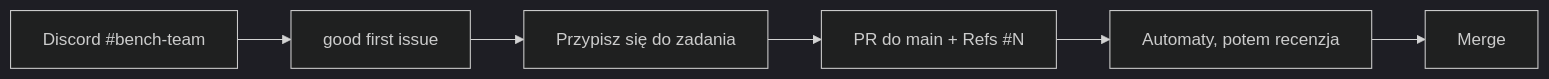
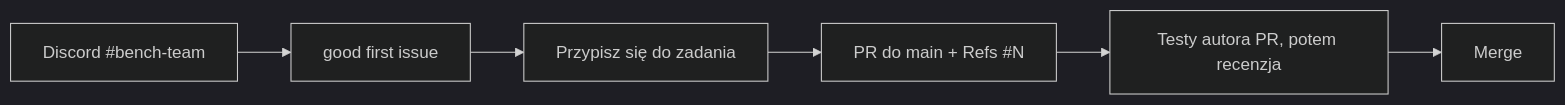
The diagram in README.md (slayerlabs/benchmarks-fabryka-ai), drawn with Mermaid (dark theme) before and after one commit. The commit also changed other lines of this file and 13 other files, not shown here.

````diff
--- a/README.md
+++ b/README.md
@@ -25,7 +24,7 @@
 ```mermaid
 flowchart LR
   A[Discord #bench-team] --> B[good first issue]
   B --> C[Przypisz się do zadania]
   C --> D[PR do main + Refs #N]
-  D --> E[Automaty, potem recenzja] --> F[Merge]
+  D --> E[Testy autora PR, potem recenzja] --> F[Merge]
 ```
````
